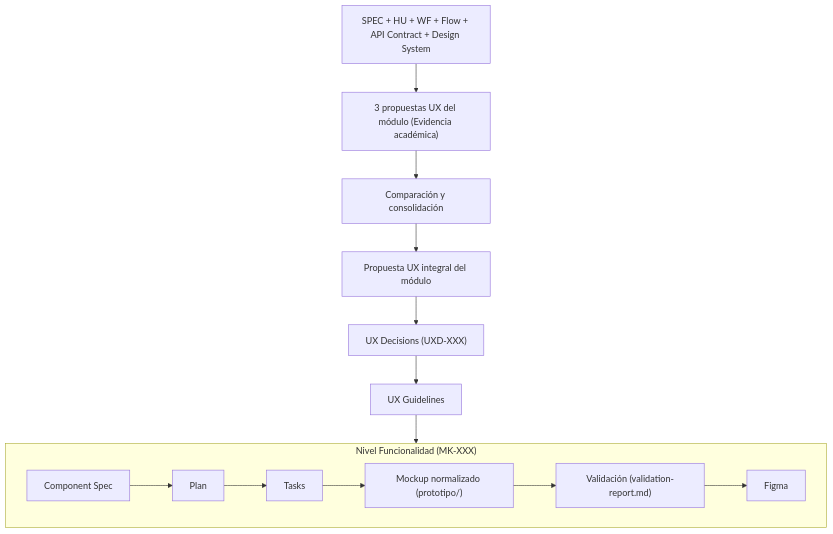
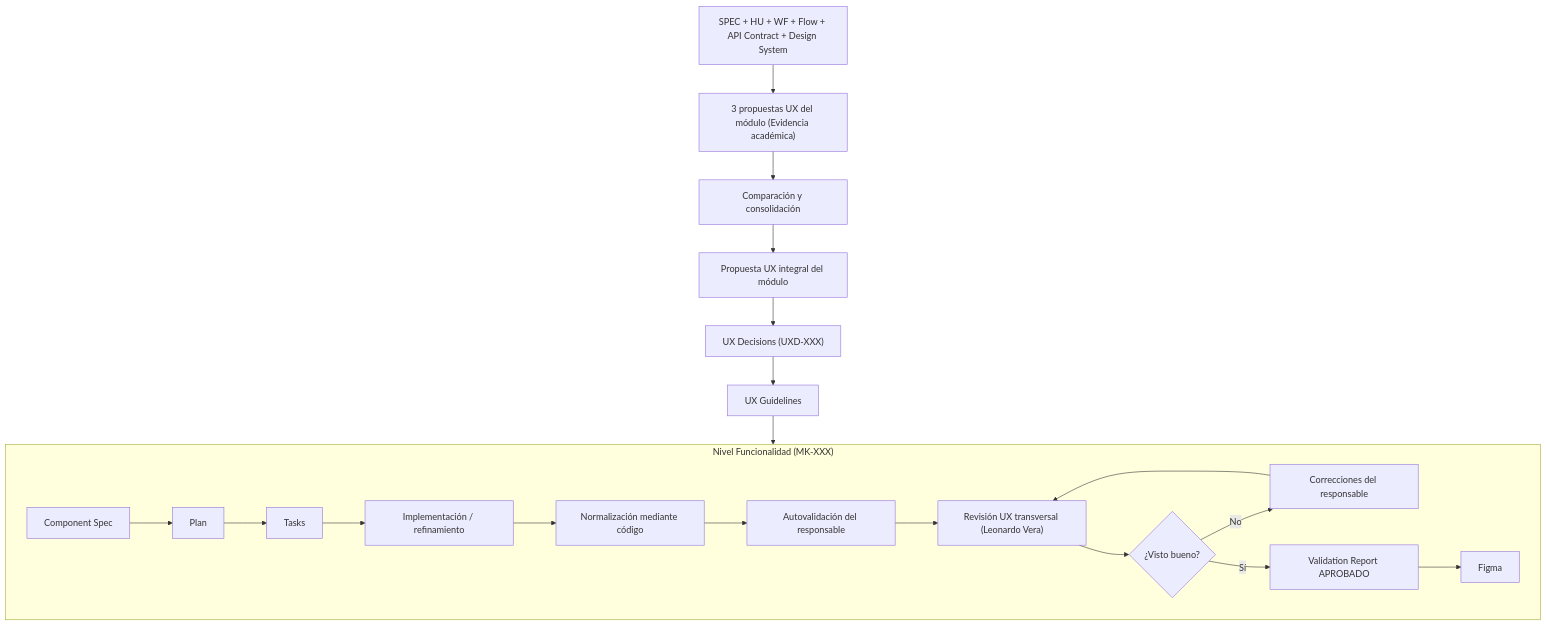
One commit to Taller-SW-Web/G6-Productos-Ofertas-docs changed the second of 6 diagrams in README.md. Above: the diagram before and after it, drawn with Mermaid. The commit also changed other lines of this file and 4 other files, not shown here.

Commit message:
docs(mockups): incorporar revision transversal y gate de visto bueno

````diff
--- a/README.md
+++ b/README.md
@@ -48,20 +48,26 @@
 ```mermaid
 flowchart TD
     A["SPEC + HU + WF + Flow + API Contract + Design System"]
     B["3 propuestas UX del módulo (Evidencia académica)"]
     C["Comparación y consolidación"]
     D["Propuesta UX integral del módulo"]
     E["UX Decisions (UXD-XXX)"]
     F["UX Guidelines"]
 
     A --> B --> C --> D --> E --> F
 
     subgraph MK["Nivel Funcionalidad (MK-XXX)"]
         G["Component Spec"] --> H["Plan"]
         H --> I["Tasks"]
-        I --> J["Mockup normalizado (prototipo/)"]
-        J --> K["Validación (validation-report.md)"]
-        K --> L["Figma"]
+        I --> J["Implementación / refinamiento"]
+        J --> K["Normalización mediante código"]
+        K --> L["Autovalidación del responsable"]
+        L --> M["Revisión UX transversal (Leonardo Vera)"]
+        M --> N{"¿Visto bueno?"}
+        N -- "No" --> O["Correcciones del responsable"]
+        O --> M
+        N -- "Sí" --> P["Validation Report APROBADO"]
+        P --> Q["Figma"]
     end
     F --> MK
 ```
````
